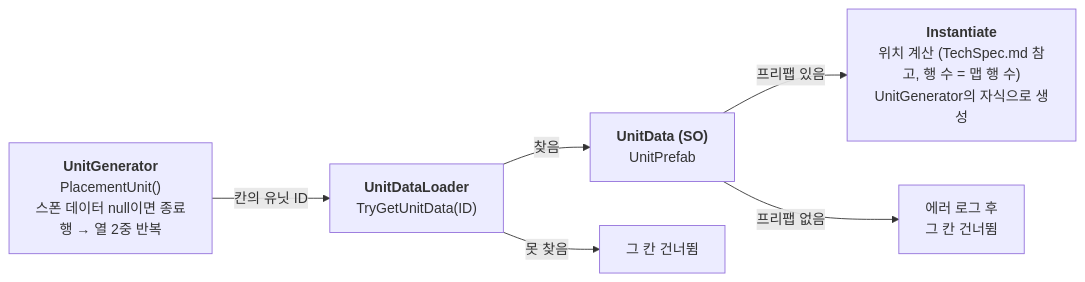
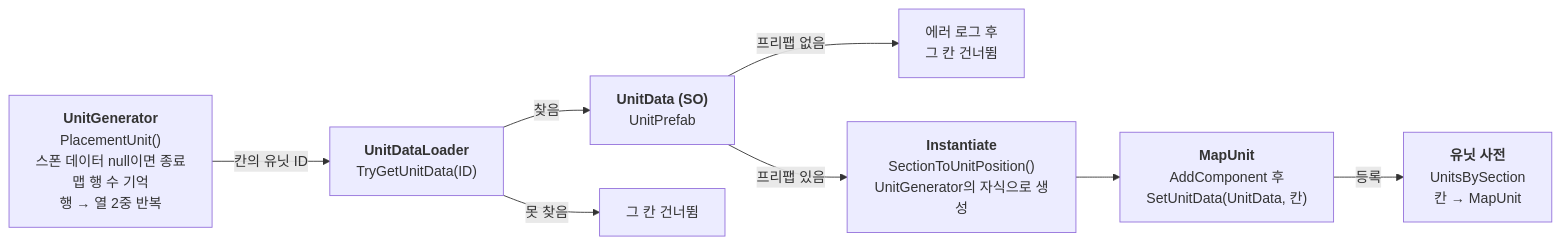
One commit to jayy5288sk/PersonalProject changed the fifth of 13 diagrams in Docs/ImplementDocs/Diagram.md. Above: the diagram before and after it, drawn with Mermaid. The commit also changed other lines of this file and 1 other file, not shown here.

Commit message:
[Docs] 기술 문서 및 다이어그램 갱신

````diff
--- a/Docs/ImplementDocs/Diagram.md
+++ b/Docs/ImplementDocs/Diagram.md
@@ -104,15 +106,19 @@
 ```mermaid
 flowchart LR
-    Gen["<b>UnitGenerator</b><br/>PlacementUnit()<br/>스폰 데이터 null이면 종료<br/>행 → 열 2중 반복"]
+    Gen["<b>UnitGenerator</b><br/>PlacementUnit()<br/>스폰 데이터 null이면 종료<br/>맵 행 수 기억<br/>행 → 열 2중 반복"]
     Unit["<b>UnitDataLoader</b><br/>TryGetUnitData(ID)"]
     SO["<b>UnitData (SO)</b><br/>UnitPrefab"]
     Skip["그 칸 건너뜀"]
     Err["에러 로그 후<br/>그 칸 건너뜀"]
-    Spawn["<b>Instantiate</b><br/>위치 계산 (TechSpec.md 참고, 행 수 = 맵 행 수)<br/>UnitGenerator의 자식으로 생성"]
+    Spawn["<b>Instantiate</b><br/>SectionToUnitPosition()<br/>UnitGenerator의 자식으로 생성"]
+    MU["<b>MapUnit</b><br/>AddComponent 후<br/>SetUnitData(UnitData, 칸)"]
+    Dict["<b>유닛 사전</b><br/>UnitsBySection<br/>칸 → MapUnit"]
 
     Gen -->|칸의 유닛 ID| Unit
     Unit -->|찾음| SO
     Unit -->|못 찾음| Skip
     SO -->|프리팹 있음| Spawn
     SO -->|프리팹 없음| Err
+    Spawn --> MU
+    MU -->|등록| Dict
 ```
````
